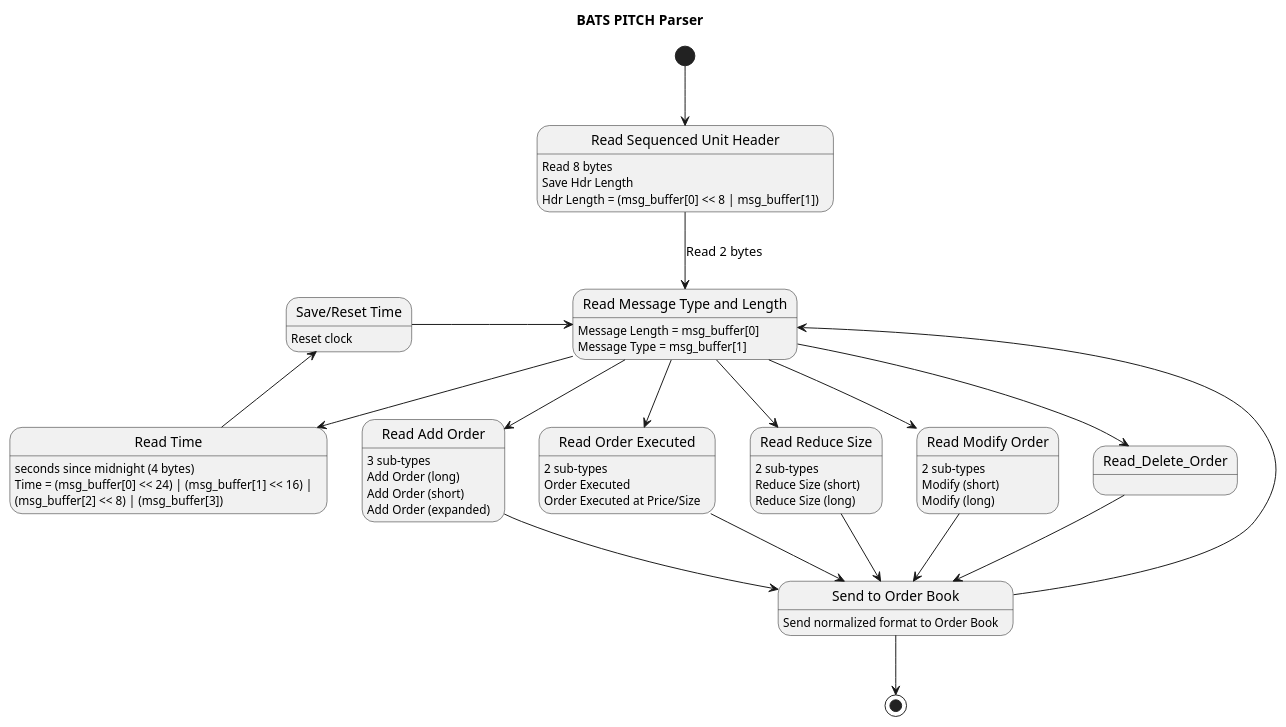
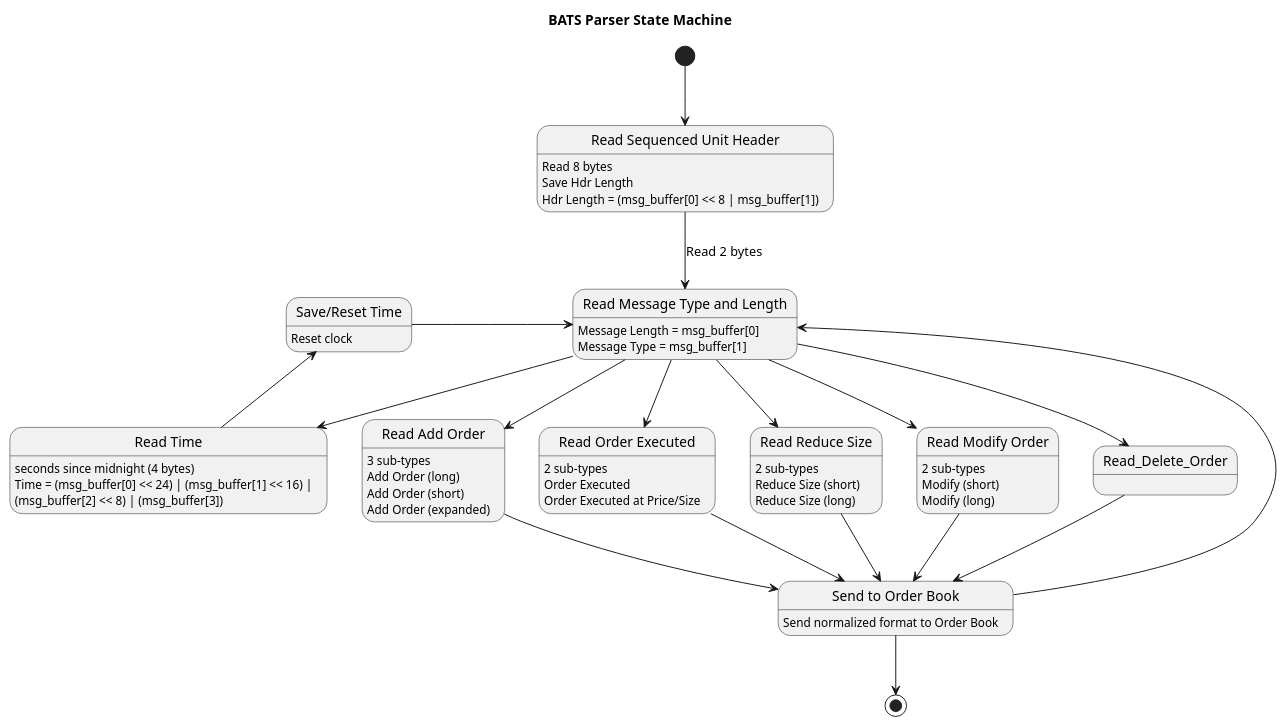
One commit to fpganow/OrderBook changed the diagram in diagrams/Bats.State.Machine.plantuml. Above: the diagram before and after it, drawn with PlantUML. The commit also changed 1 other file, not shown here.

```diff
--- a/diagrams/Bats.State.Machine.plantuml
+++ b/diagrams/Bats.State.Machine.plantuml
@@ -1,63 +1,63 @@
-@startuml BATS_Pitch_Parser
+@startuml BATS Parser State Machine
 
-title BATS PITCH Parser 
+title BATS Parser State Machine
 
 [*] --> Rsuh
 
 state "Read Sequenced Unit Header" as Rsuh: Read 8 bytes
 state "Read Sequenced Unit Header" as Rsuh: Save Hdr Length
 state "Read Sequenced Unit Header" as Rsuh: Hdr Length = (msg_buffer[0] << 8 | msg_buffer[1])
 Rsuh --> Rmsg : Read 2 bytes
 
 
 state "Read Message Type and Length" as Rmsg: Message Length = msg_buffer[0]
 state "Read Message Type and Length" as Rmsg: Message Type = msg_buffer[1]
 Rmsg --> Read_Time
 Read_Time --> Save_Time
 Save_Time -> Rmsg
 Rmsg --> Read_Add_Order
 Read_Add_Order --> SOO
 Rmsg --> Read_Order_Executed
 Read_Order_Executed --> SOO
 Rmsg --> Read_Reduce_Size
 Read_Reduce_Size --> SOO
 Rmsg --> Read_Modify_Order
 Read_Modify_Order --> SOO
 Rmsg --> Read_Delete_Order
 Read_Delete_Order --> SOO
 
 SOO -> Rmsg
 
 state "Read Time" as Read_Time: seconds since midnight (4 bytes)
 state "Read Time" as Read_Time: Time = (msg_buffer[0] << 24) | (msg_buffer[1] << 16) |
 state "Read Time" as Read_Time:     (msg_buffer[2] << 8) | (msg_buffer[3])
 
 state "Read Add Order" as Read_Add_Order: 3 sub-types
 state "Read Add Order" as Read_Add_Order: Add Order (long)
 state "Read Add Order" as Read_Add_Order: Add Order (short)
 state "Read Add Order" as Read_Add_Order: Add Order (expanded)
 
 state "Read Order Executed" as Read_Order_Executed: 2 sub-types
 state "Read Order Executed" as Read_Order_Executed: Order Executed 
 state "Read Order Executed" as Read_Order_Executed: Order Executed at Price/Size
 
 state "Read Reduce Size" as Read_Reduce_Size: 2 sub-types
 state "Read Reduce Size" as Read_Reduce_Size: Reduce Size (short)
 state "Read Reduce Size" as Read_Reduce_Size: Reduce Size (long)
 
 state "Read Modify Order" as Read_Modify_Order: 2 sub-types
 state "Read Modify Order" as Read_Modify_Order: Modify (short)
 state "Read Modify Order" as Read_Modify_Order: Modify (long)
 
 state "Save/Reset Time" as Save_Time: Reset clock
 state "Send to Order Book" as SOO: Send normalized format to Order Book
 
 SOO --> [*]
 
 'state ProcessingTask {
 '  [*] --> long1
 '  long1 --> ProcessData : Enough Data
 '}
 'ProcessingTask -> [*]
 
 @enduml
```
